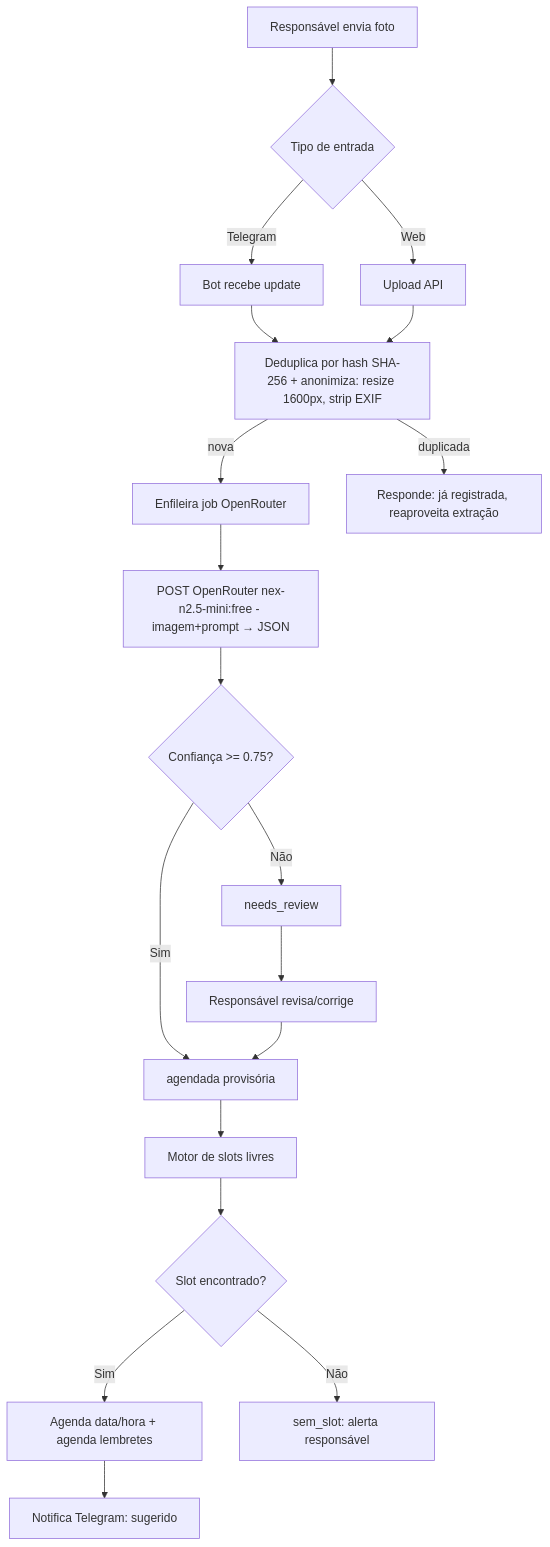
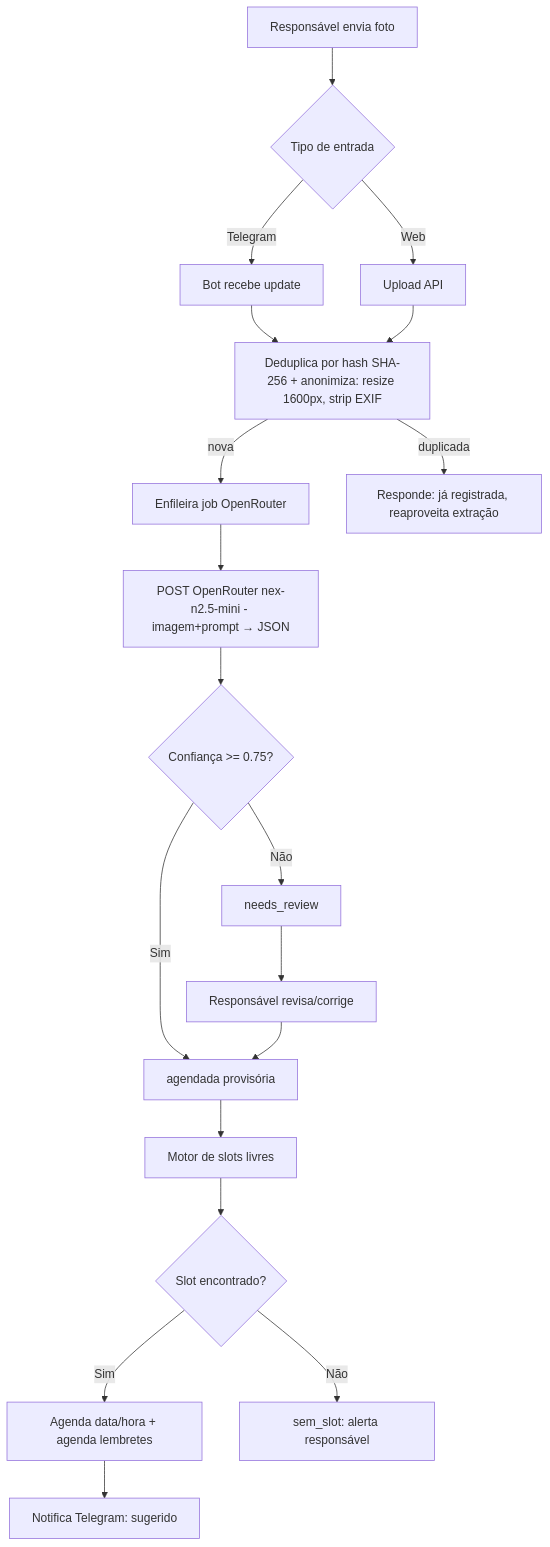
One commit to elrcosta-lab/hora_da_tarefa changed the first of 3 diagrams in PRD.md. Above: the diagram before and after it, drawn with Mermaid. The commit also changed other lines of this file and 1 other file, not shown here.

Commit message:
docs: point remaining references at paid nex-n2.5-mini model

````diff
--- a/PRD.md
+++ b/PRD.md
@@ -420,21 +420,21 @@
 ```mermaid
 flowchart TD
     A[Responsável envia foto] --> B{Tipo de entrada}
     B -->|Telegram| C[Bot recebe update]
     B -->|Web| D[Upload API]
     C --> E[Deduplica por hash SHA-256 + anonimiza: resize 1600px, strip EXIF]
     D --> E
     E -->|nova| F[Enfileira job OpenRouter]
     E -->|duplicada| Z[Responde: já registrada, reaproveita extração]
-    F --> G[POST OpenRouter nex-n2.5-mini:free - imagem+prompt → JSON]
+    F --> G[POST OpenRouter nex-n2.5-mini - imagem+prompt → JSON]
     G --> J{Confiança >= 0.75?}
     J -->|Não| K[needs_review]
     J -->|Sim| L[agendada provisória]
     K --> M[Responsável revisa/corrige]
     M --> L
     L --> N[Motor de slots livres]
     N --> O{Slot encontrado?}
     O -->|Sim| P[Agenda data/hora + agenda lembretes]
     O -->|Não| Q[sem_slot: alerta responsável]
     P --> R[Notifica Telegram: sugerido]
 ```
````
